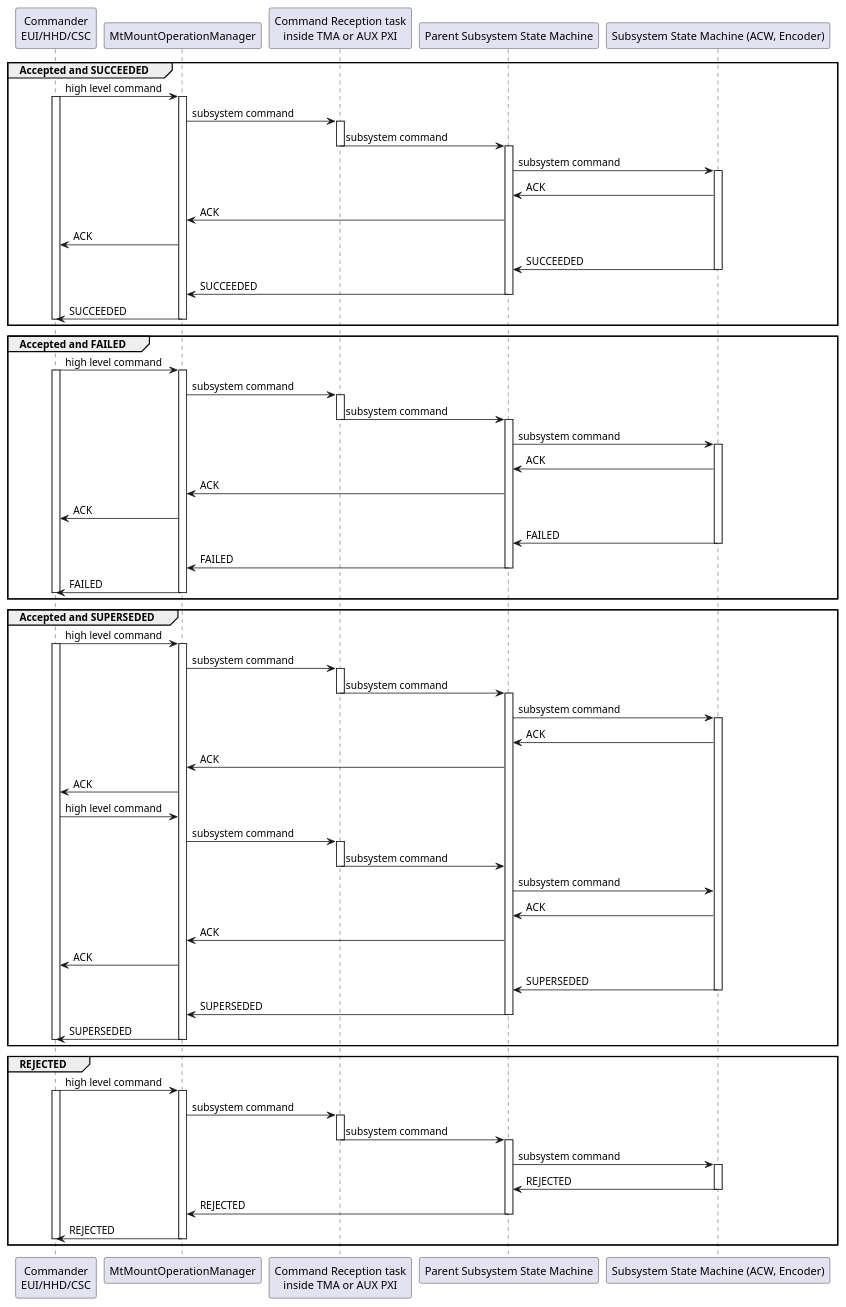
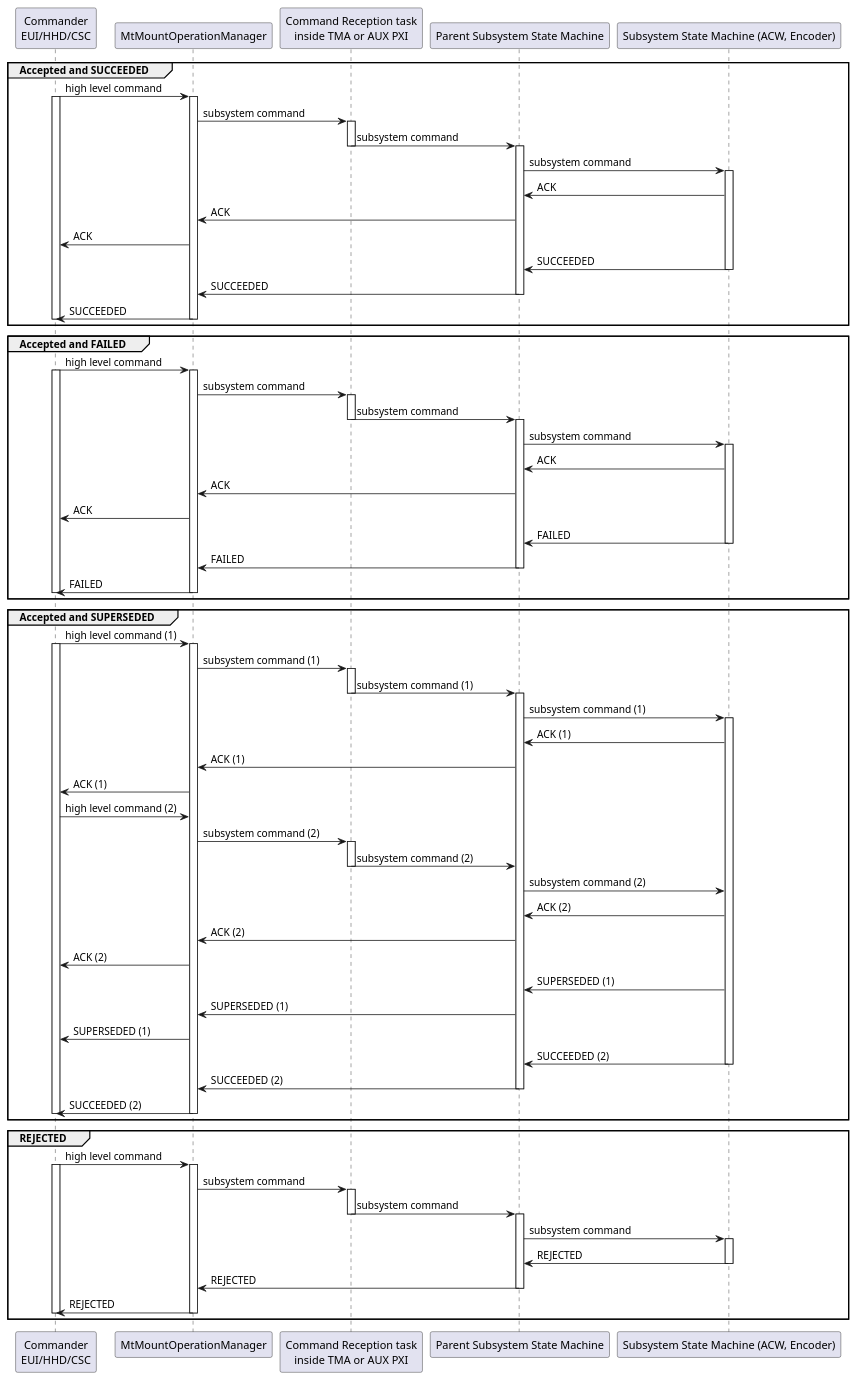
Before and after one commit to lsst-ts/ts_tma_tma-documentation_mcs-sw-design: the ninth of 10 diagrams in MCS_SW_Design_Report.md, drawn with PlantUML. The commit also changed other lines of this file, not shown here.

```diff
--- a/MCS_SW_Design_Report.md
+++ b/MCS_SW_Design_Report.md
@@ -715,33 +720,36 @@
   end
 
   group Accepted and SUPERSEDED
-  commander -> MtMountOperationManager: high level command
+  commander -> MtMountOperationManager: high level command (1)
   activate commander
   activate MtMountOperationManager
-  MtMountOperationManager -> commandReceptor: subsystem command
+  MtMountOperationManager -> commandReceptor: subsystem command (1)
   activate commandReceptor
-  commandReceptor -> subsystem: subsystem command
+  commandReceptor -> subsystem: subsystem command (1)
   deactivate commandReceptor
   activate subsystem
-  subsystem -> slaveSubsystem: subsystem command
+  subsystem -> slaveSubsystem: subsystem command (1)
   activate slaveSubsystem
-  slaveSubsystem -> subsystem: ACK
-  subsystem -> MtMountOperationManager: ACK
-  MtMountOperationManager -> commander: ACK
-  commander -> MtMountOperationManager: high level command
-  MtMountOperationManager -> commandReceptor: subsystem command
+  slaveSubsystem -> subsystem: ACK (1)
+  subsystem -> MtMountOperationManager: ACK (1)
+  MtMountOperationManager -> commander: ACK (1)
+  commander -> MtMountOperationManager: high level command (2)
+  MtMountOperationManager -> commandReceptor: subsystem command (2)
   activate commandReceptor
-  commandReceptor -> subsystem: subsystem command
+  commandReceptor -> subsystem: subsystem command (2)
   deactivate commandReceptor
-  subsystem -> slaveSubsystem: subsystem command
-  slaveSubsystem -> subsystem: ACK
-  subsystem -> MtMountOperationManager: ACK
-  MtMountOperationManager -> commander: ACK
-  slaveSubsystem -> subsystem: SUPERSEDED
+  subsystem -> slaveSubsystem: subsystem command (2)
+  slaveSubsystem -> subsystem: ACK (2)
+  subsystem -> MtMountOperationManager: ACK (2)
+  MtMountOperationManager -> commander: ACK (2)
+  slaveSubsystem -> subsystem: SUPERSEDED (1)
+  subsystem -> MtMountOperationManager: SUPERSEDED (1)
+  MtMountOperationManager -> commander: SUPERSEDED (1)
+  slaveSubsystem -> subsystem: SUCCEEDED (2)
   deactivate slaveSubsystem
-  subsystem -> MtMountOperationManager: SUPERSEDED
+  subsystem -> MtMountOperationManager: SUCCEEDED (2)
   deactivate subsystem
-  MtMountOperationManager -> commander: SUPERSEDED
+  MtMountOperationManager -> commander: SUCCEEDED (2)
   deactivate MtMountOperationManager
   deactivate commander
   end
```
